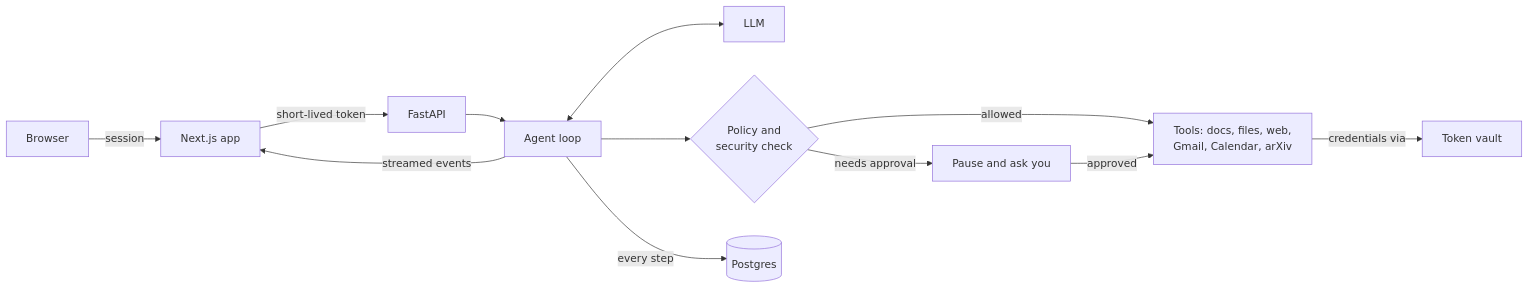
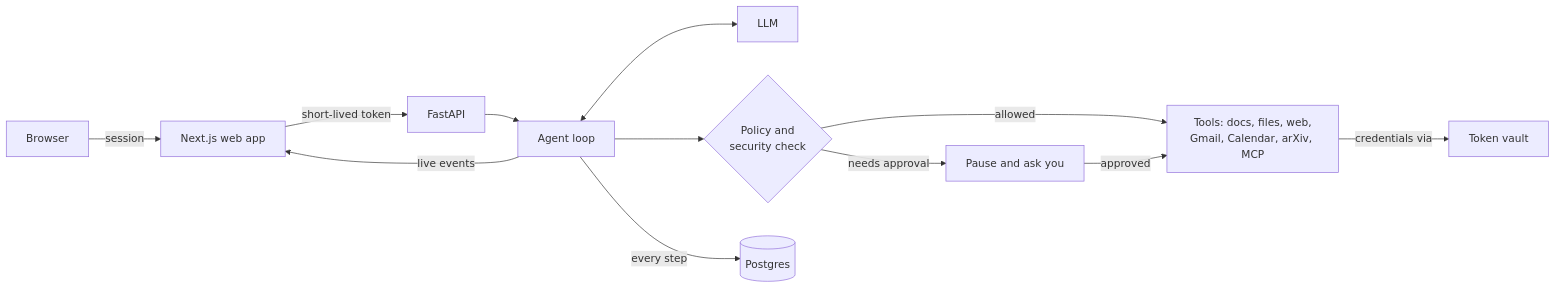
Before and after one commit to aasimmalikin/hangul: the diagram in README.md, drawn with Mermaid. The commit also changed other lines of this file, not shown here.

````diff
--- a/README.md
+++ b/README.md
@@ -153,14 +168,14 @@
 ```mermaid
 flowchart LR
-    U[Browser] -->|session| W[Next.js app]
+    U[Browser] -->|session| W[Next.js web app]
     W -->|short-lived token| A[FastAPI]
     A --> L[Agent loop]
     L <--> M[LLM]
     L --> G{Policy and<br/>security check}
-    G -->|allowed| T[Tools: docs, files, web,<br/>Gmail, Calendar, arXiv]
+    G -->|allowed| T[Tools: docs, files, web,<br/>Gmail, Calendar, arXiv, MCP]
     G -->|needs approval| P[Pause and ask you]
     P -->|approved| T
     T -->|credentials via| V[Token vault]
     L -->|every step| D[(Postgres)]
-    L -->|streamed events| W
+    L -->|live events| W
 ```
````
